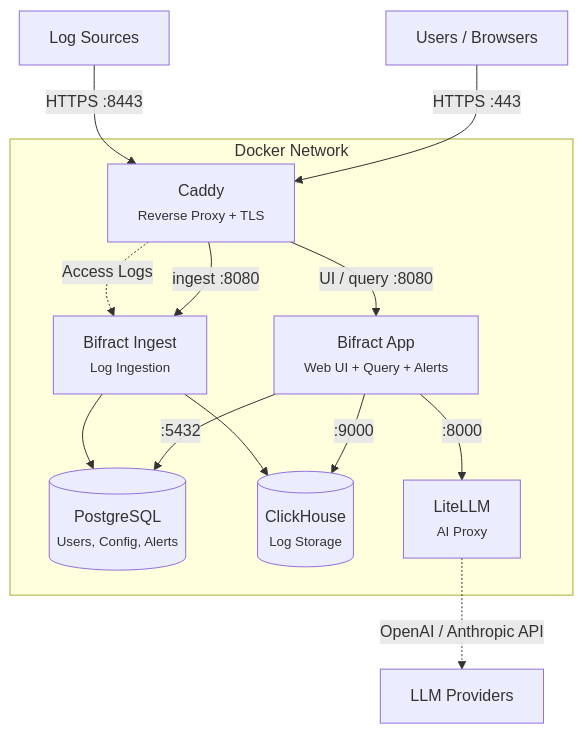
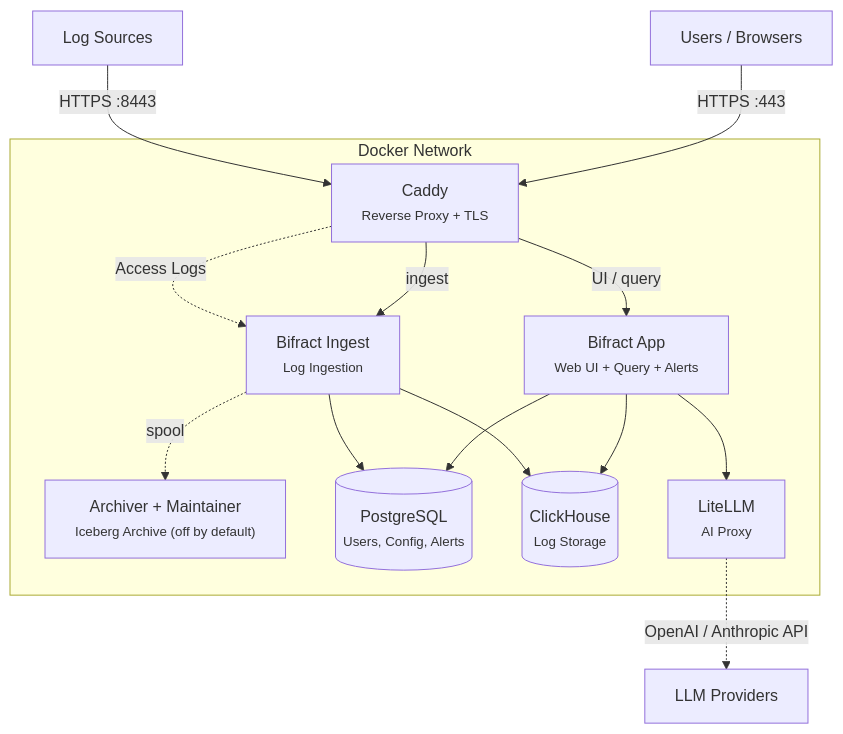
One commit to zaneGittins/bifract changed the diagram in docs/getting-started/installation.md. Above: the diagram before and after it, drawn with Mermaid. The commit also changed other lines of this file and 107 other files, not shown here.

````diff
--- a/docs/getting-started/installation.md
+++ b/docs/getting-started/installation.md
@@ -28,26 +79,28 @@
 ```mermaid
 graph TB
     users["Users / Browsers"]
     sources["Log Sources"]
 
     subgraph docker ["Docker Network"]
         caddy["Caddy<br/><small>Reverse Proxy + TLS</small>"]
         app["Bifract App<br/><small>Web UI + Query + Alerts</small>"]
         ingest["Bifract Ingest<br/><small>Log Ingestion</small>"]
+        archiver["Archiver + Maintainer<br/><small>Iceberg Archive (off by default)</small>"]
         pg[("PostgreSQL<br/><small>Users, Config, Alerts</small>")]
         ch[("ClickHouse<br/><small>Log Storage</small>")]
         litellm["LiteLLM<br/><small>AI Proxy</small>"]
     end
 
     users -- "HTTPS :443" --> caddy
     sources -- "HTTPS :8443" --> caddy
-    caddy -- "UI / query :8080" --> app
-    caddy -- "ingest :8080" --> ingest
+    caddy -- "UI / query" --> app
+    caddy -- "ingest" --> ingest
     caddy -. "Access Logs" .-> ingest
-    app -- ":5432" --> pg
-    app -- ":9000" --> ch
+    app --> pg
+    app --> ch
     ingest --> pg
     ingest --> ch
-    app -- ":8000" --> litellm
+    ingest -. "spool" .-> archiver
+    app --> litellm
     litellm -. "OpenAI / Anthropic API" .-> ext["LLM Providers"]
 ```
````
